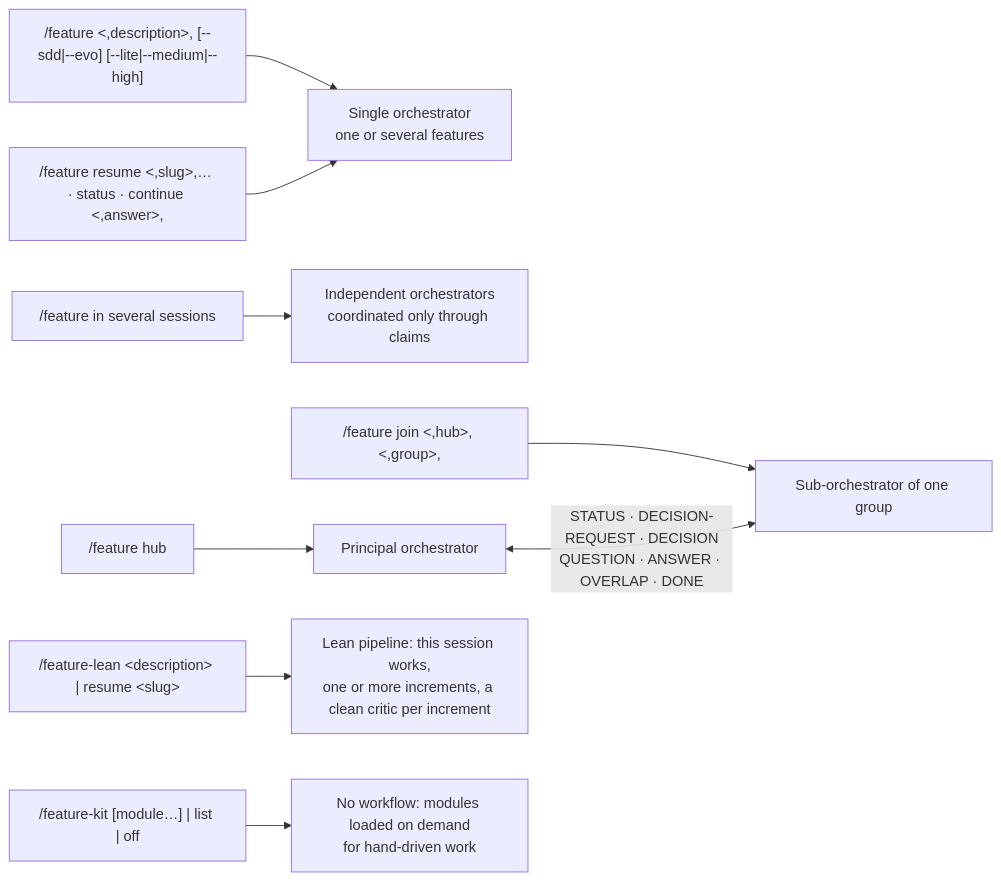
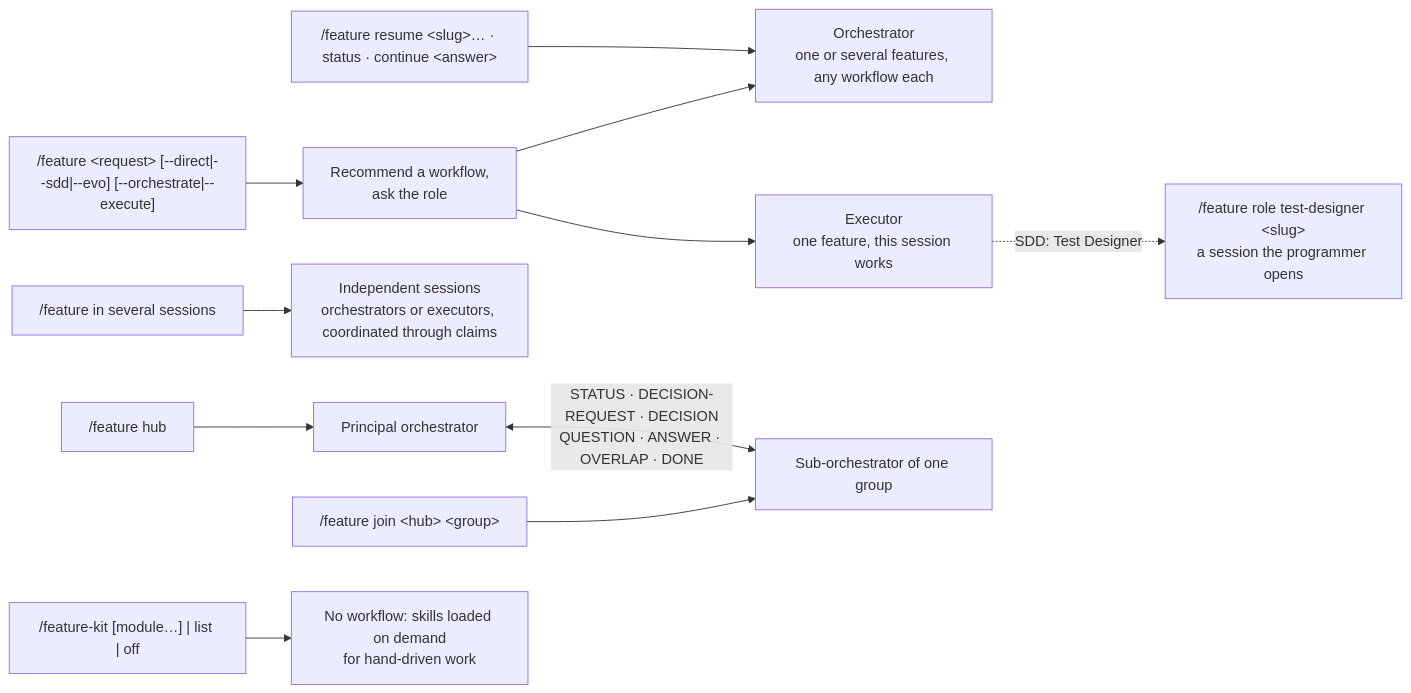
One commit to mariopedemonte12/claude-feature-workflow changed the second of 12 diagrams in docs/architecture.md. Above: the diagram before and after it, drawn with Mermaid. The commit also changed other lines of this file and 49 other files, not shown here.

First line of the commit message:
Separate workflow from session role: DIRECT, SDD, EVO × orchestrator or executor

````diff
--- a/docs/architecture.md
+++ b/docs/architecture.md
@@ -84,11 +85,13 @@
 ```mermaid
 flowchart LR
-    C1["/feature &lt,description&gt, [--sdd|--evo] [--lite|--medium|--high]"] --> M1["Single orchestrator<br/>one or several features"]
-    C2["/feature resume &lt,slug&gt,… · status · continue &lt,answer&gt,"] --> M1
-    C3["/feature in several sessions"] --> M2["Independent orchestrators<br/>coordinated only through claims"]
+    C1["/feature &lt;request&gt; [--direct|--sdd|--evo] [--orchestrate|--execute]"] --> REC["Recommend a workflow,<br/>ask the role"]
+    REC --> M1["Orchestrator<br/>one or several features, any workflow each"]
+    REC --> M7["Executor<br/>one feature, this session works"]
+    M7 -.->|"SDD: Test Designer"| C8["/feature role test-designer &lt;slug&gt;<br/>a session the programmer opens"]
+    C2["/feature resume &lt;slug&gt;… · status · continue &lt;answer&gt;"] --> M1
+    C3["/feature in several sessions"] --> M2["Independent sessions<br/>orchestrators or executors, coordinated through claims"]
     C4["/feature hub"] --> M3["Principal orchestrator"]
-    C5["/feature join &lt,hub&gt, &lt,group&gt,"] --> M4["Sub-orchestrator of one group"]
+    C5["/feature join &lt;hub&gt; &lt;group&gt;"] --> M4["Sub-orchestrator of one group"]
     M3 <-->|"STATUS · DECISION-REQUEST · DECISION<br/>QUESTION · ANSWER · OVERLAP · DONE"| M4
-    C7["/feature-lean &lt;description&gt; | resume &lt;slug&gt;"] --> M6["Lean pipeline: this session works,<br/>one or more increments, a clean critic per increment"]
-    C6["/feature-kit [module…] | list | off"] --> M5["No workflow: modules loaded on demand<br/>for hand-driven work"]
+    C6["/feature-kit [module…] | list | off"] --> M5["No workflow: skills loaded on demand<br/>for hand-driven work"]
 ```
````
